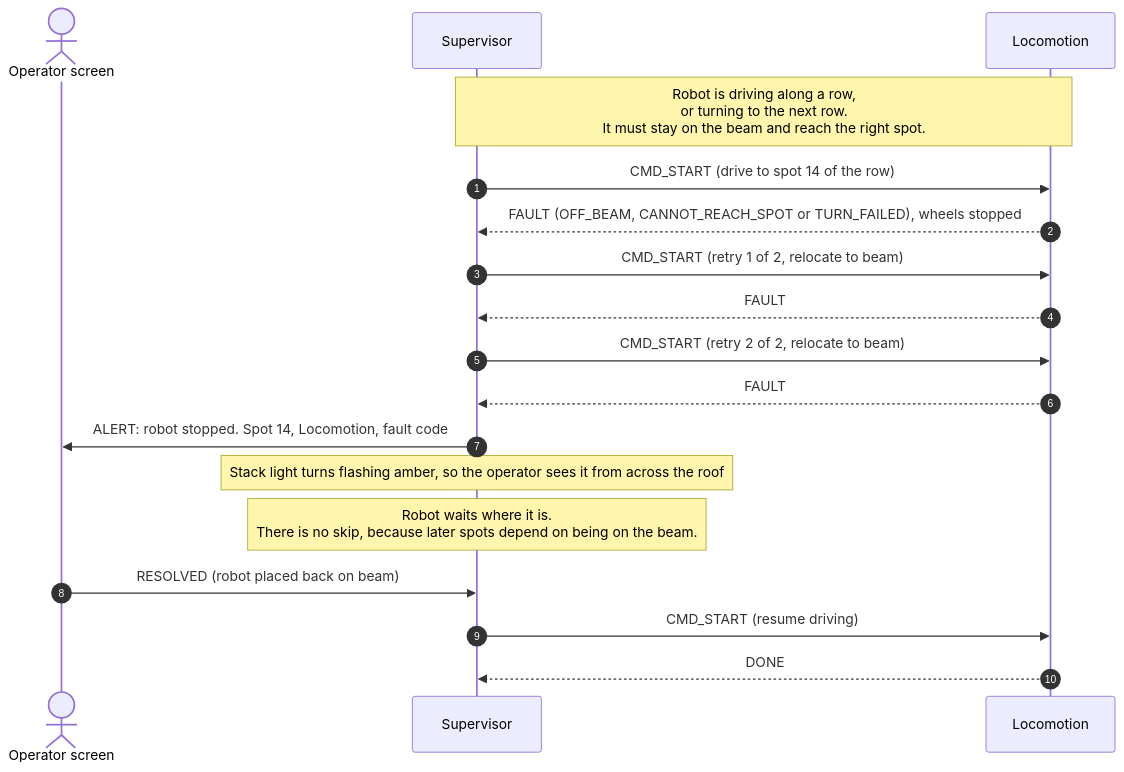
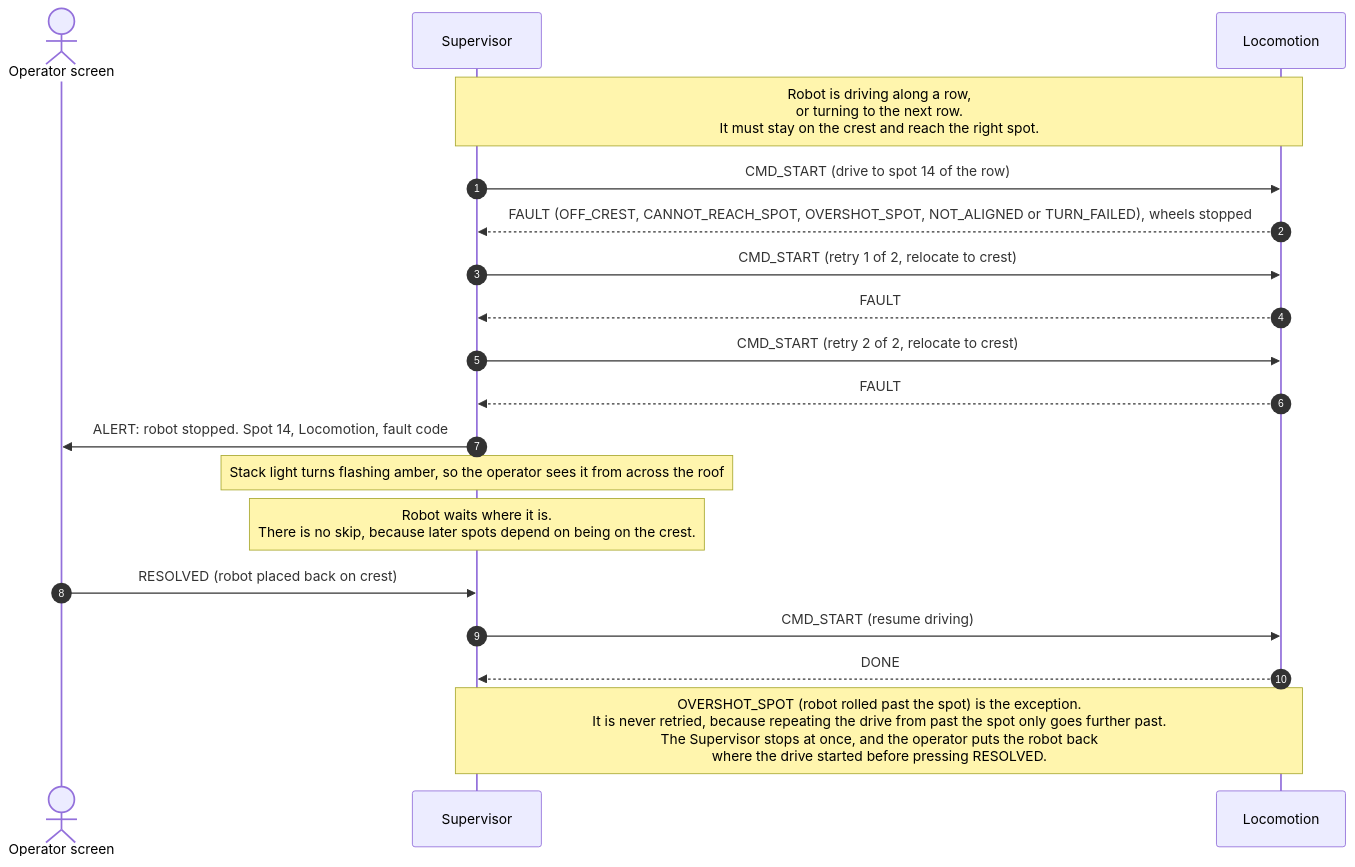
Before and after one commit to bnielse6/robotrac: the diagram in docs/diagrams/errors/E8_locomotion_fault.mmd, drawn with Mermaid. The commit also changed 70 other files, not shown here.

```diff
--- a/docs/diagrams/errors/E8_locomotion_fault.mmd
+++ b/docs/diagrams/errors/E8_locomotion_fault.mmd
@@ -1,18 +1,19 @@
 sequenceDiagram
   autonumber
   actor Op as Operator screen
   participant S as Supervisor
   participant L as Locomotion
-  Note over S,L: Robot is driving along a row,<br/>or turning to the next row.<br/>It must stay on the beam and reach the right spot.
+  Note over S,L: Robot is driving along a row,<br/>or turning to the next row.<br/>It must stay on the crest and reach the right spot.
   S->>L: CMD_START (drive to spot 14 of the row)
-  L-->>S: FAULT (OFF_BEAM, CANNOT_REACH_SPOT or TURN_FAILED), wheels stopped
-  S->>L: CMD_START (retry 1 of 2, relocate to beam)
+  L-->>S: FAULT (OFF_CREST, CANNOT_REACH_SPOT, OVERSHOT_SPOT, NOT_ALIGNED or TURN_FAILED), wheels stopped
+  S->>L: CMD_START (retry 1 of 2, relocate to crest)
   L-->>S: FAULT
-  S->>L: CMD_START (retry 2 of 2, relocate to beam)
+  S->>L: CMD_START (retry 2 of 2, relocate to crest)
   L-->>S: FAULT
   S->>Op: ALERT: robot stopped. Spot 14, Locomotion, fault code
   Note over S: Stack light turns flashing amber, so the operator sees it from across the roof
-  Note over S: Robot waits where it is.<br/>There is no skip, because later spots depend on being on the beam.
-  Op->>S: RESOLVED (robot placed back on beam)
+  Note over S: Robot waits where it is.<br/>There is no skip, because later spots depend on being on the crest.
+  Op->>S: RESOLVED (robot placed back on crest)
   S->>L: CMD_START (resume driving)
   L-->>S: DONE
+  Note over S,L: OVERSHOT_SPOT (robot rolled past the spot) is the exception.<br/>It is never retried, because repeating the drive from past the spot only goes further past.<br/>The Supervisor stops at once, and the operator puts the robot back<br/>where the drive started before pressing RESOLVED.
```
